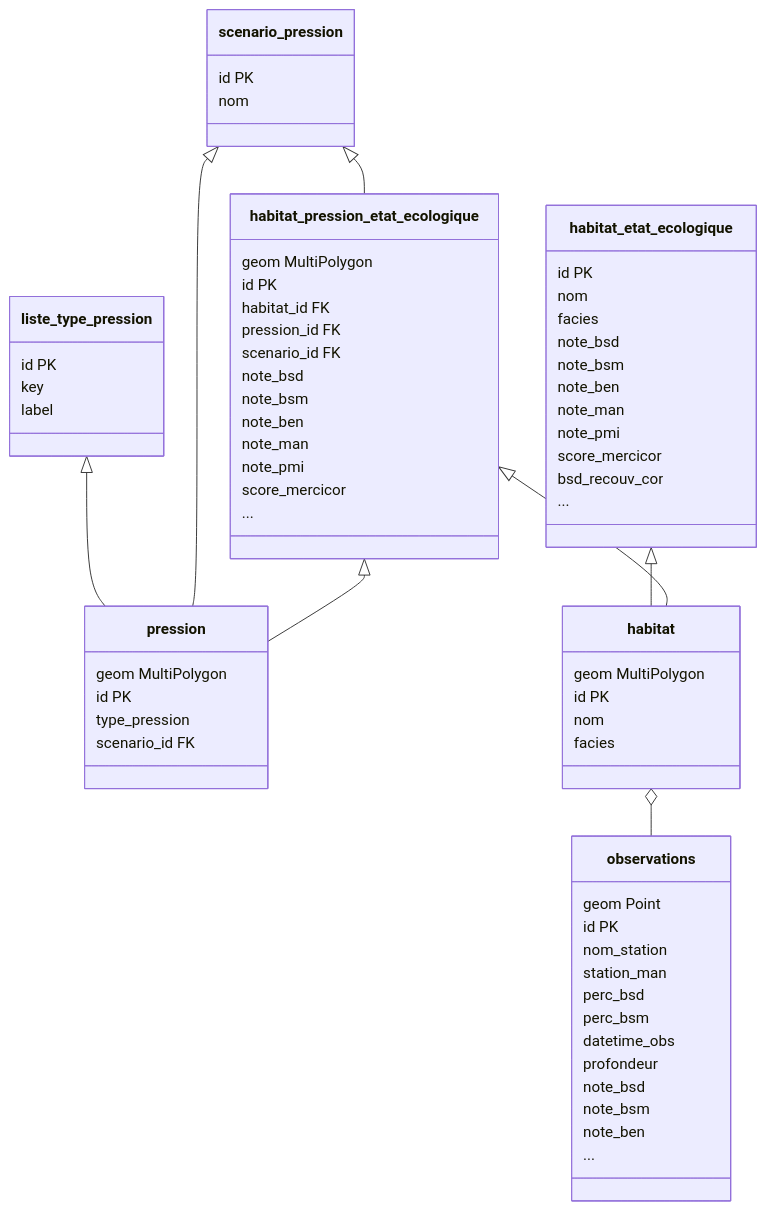
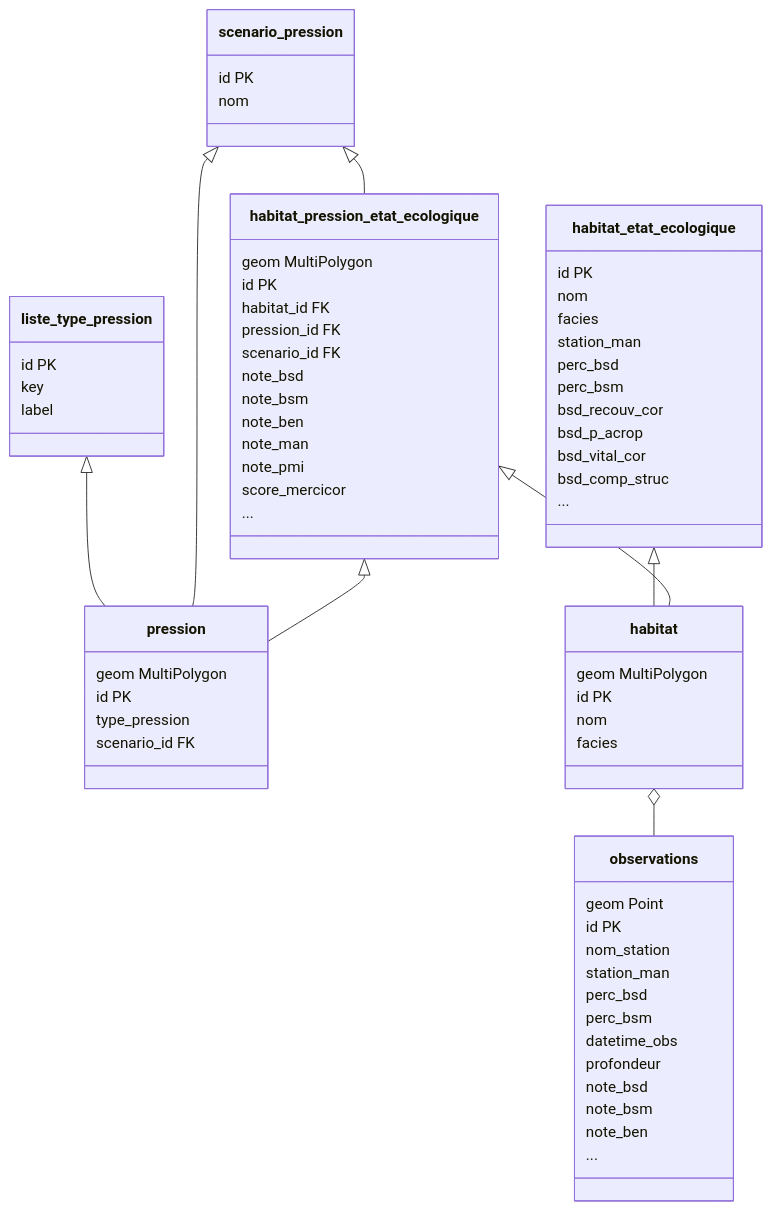
One commit to 3liz/qgis-mercicor-plugin changed the diagram in docs/model/index.md. Above: the diagram before and after it, drawn with Mermaid. The commit also changed other lines of this file, not shown here.

````diff
--- a/docs/model/index.md
+++ b/docs/model/index.md
@@ -15,65 +15,65 @@
 ```mermaid
 classDiagram
 habitat_pression_etat_ecologique
 pression
 habitat
 scenario_pression
 liste_type_pression
 observations
 habitat_etat_ecologique
 liste_type_pression <|-- pression
 scenario_pression <|-- pression
 scenario_pression <|-- habitat_pression_etat_ecologique
 habitat_etat_ecologique <|-- habitat
 habitat_pression_etat_ecologique <|-- habitat
 habitat_pression_etat_ecologique <|-- pression
 habitat o-- observations
 habitat_pression_etat_ecologique : geom MultiPolygon
 habitat_pression_etat_ecologique : id PK
 habitat_pression_etat_ecologique : habitat_id FK
 habitat_pression_etat_ecologique : pression_id FK
 habitat_pression_etat_ecologique : scenario_id FK
 habitat_pression_etat_ecologique : note_bsd
 habitat_pression_etat_ecologique : note_bsm
 habitat_pression_etat_ecologique : note_ben
 habitat_pression_etat_ecologique : note_man
 habitat_pression_etat_ecologique : note_pmi
 habitat_pression_etat_ecologique : score_mercicor
 habitat_pression_etat_ecologique : ...
 pression : geom MultiPolygon
 pression : id PK
 pression : type_pression
 pression : scenario_id FK
 habitat : geom MultiPolygon
 habitat : id PK
 habitat : nom
 habitat : facies
 scenario_pression : id PK
 scenario_pression : nom
 liste_type_pression : id PK
 liste_type_pression : key
 liste_type_pression : label
 observations : geom Point
 observations : id PK
 observations : nom_station
 observations : station_man
 observations : perc_bsd
 observations : perc_bsm
 observations : datetime_obs
 observations : profondeur
 observations : note_bsd
 observations : note_bsm
 observations : note_ben
 observations : ...
 habitat_etat_ecologique : id PK
 habitat_etat_ecologique : nom
 habitat_etat_ecologique : facies
-habitat_etat_ecologique : note_bsd
-habitat_etat_ecologique : note_bsm
-habitat_etat_ecologique : note_ben
-habitat_etat_ecologique : note_man
-habitat_etat_ecologique : note_pmi
-habitat_etat_ecologique : score_mercicor
+habitat_etat_ecologique : station_man
+habitat_etat_ecologique : perc_bsd
+habitat_etat_ecologique : perc_bsm
 habitat_etat_ecologique : bsd_recouv_cor
+habitat_etat_ecologique : bsd_p_acrop
+habitat_etat_ecologique : bsd_vital_cor
+habitat_etat_ecologique : bsd_comp_struc
 habitat_etat_ecologique : ...
 ```
````
